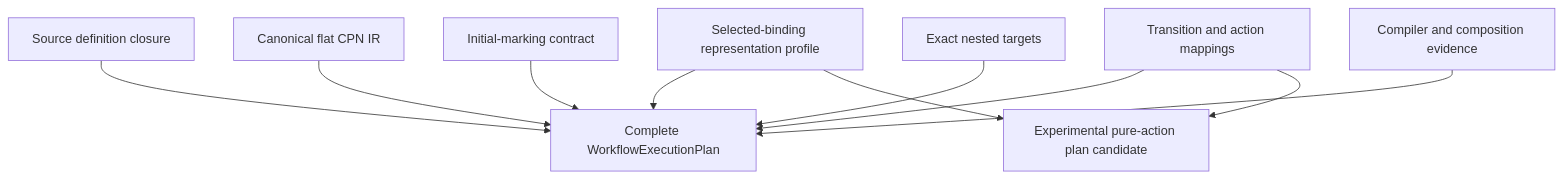
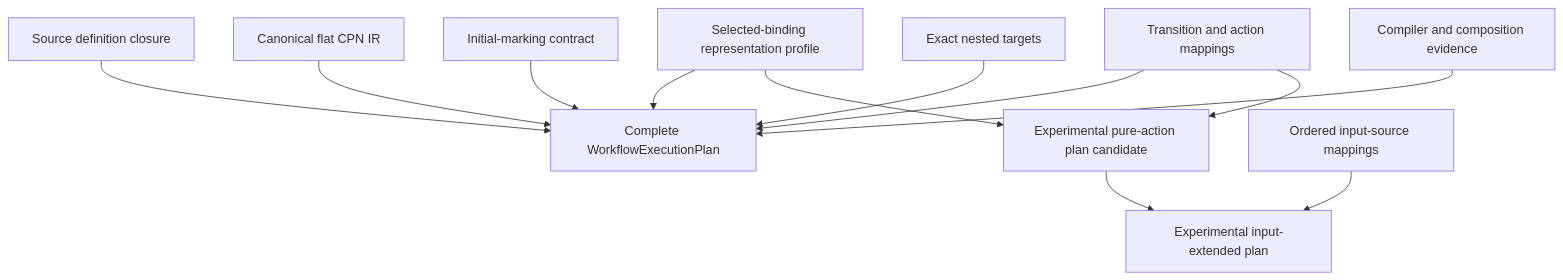
One commit to eragasa/projectkoios-workflow changed the diagram in docs/architecture/projectkoios/workflow/compilation/planning/WorkflowExecutionPlan/schematic.md. Above: the diagram before and after it, drawn with Mermaid. The commit also changed other lines of this file and 23 other files, not shown here.

````diff
--- a/docs/architecture/projectkoios/workflow/compilation/planning/WorkflowExecutionPlan/schematic.md
+++ b/docs/architecture/projectkoios/workflow/compilation/planning/WorkflowExecutionPlan/schematic.md
@@ -5,22 +5,24 @@
 ```mermaid
 flowchart TD
     D[Source definition closure]
     C[Canonical flat CPN IR]
     I[Initial-marking contract]
     P[Selected-binding representation profile]
     A[Transition and action mappings]
     N[Exact nested targets]
     E[Compiler and composition evidence]
     W[Complete WorkflowExecutionPlan]
 
     D --> W
     C --> W
     I --> W
     P --> W
     A --> W
     N --> W
     E --> W
 
     P --> X[Experimental pure-action plan candidate]
     A --> X
+    X --> Y[Experimental input-extended plan]
+    S[Ordered input-source mappings] --> Y
 ```
````
